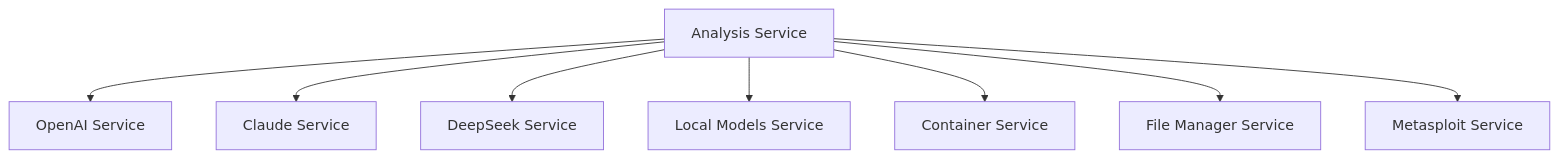
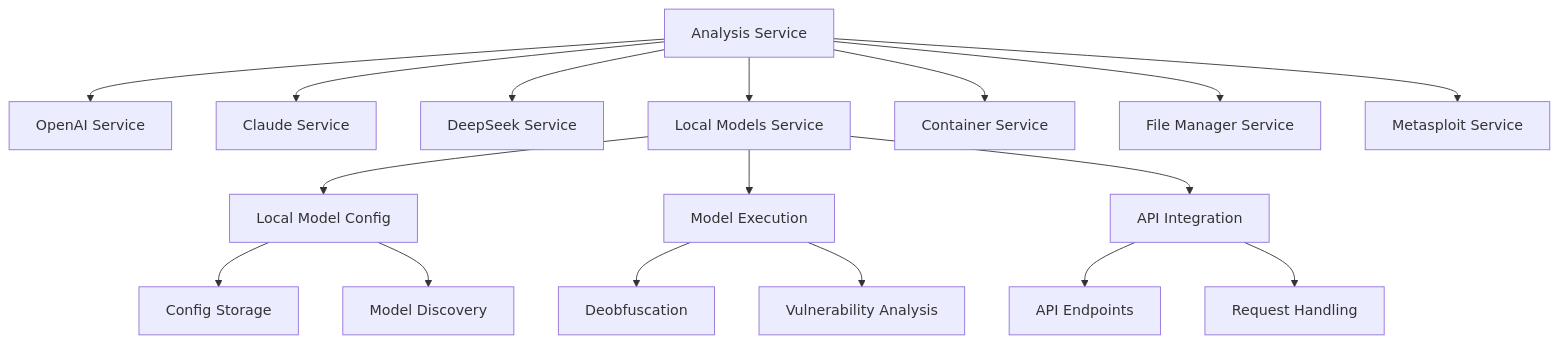
Before and after one commit to radicalkjax/Athena: the fifth of 7 diagrams in README.md, drawn with Mermaid. The commit also changed other lines of this file and 114 other files, not shown here.

````diff
--- a/README.md
+++ b/README.md
@@ -136,10 +153,23 @@
 ```mermaid
 flowchart TD
     A[Analysis Service] --> B[OpenAI Service]
     A --> C[Claude Service]
     A --> D[DeepSeek Service]
     A --> E[Local Models Service]
     A --> F[Container Service]
     A --> G[File Manager Service]
     A --> H[Metasploit Service]
+    
+    E --> E1[Local Model Config]
+    E --> E2[Model Execution]
+    E --> E3[API Integration]
+    
+    E1 --> E1a[Config Storage]
+    E1 --> E1b[Model Discovery]
+    
+    E2 --> E2a[Deobfuscation]
+    E2 --> E2b[Vulnerability Analysis]
+    
+    E3 --> E3a[API Endpoints]
+    E3 --> E3b[Request Handling]
 ```
````
